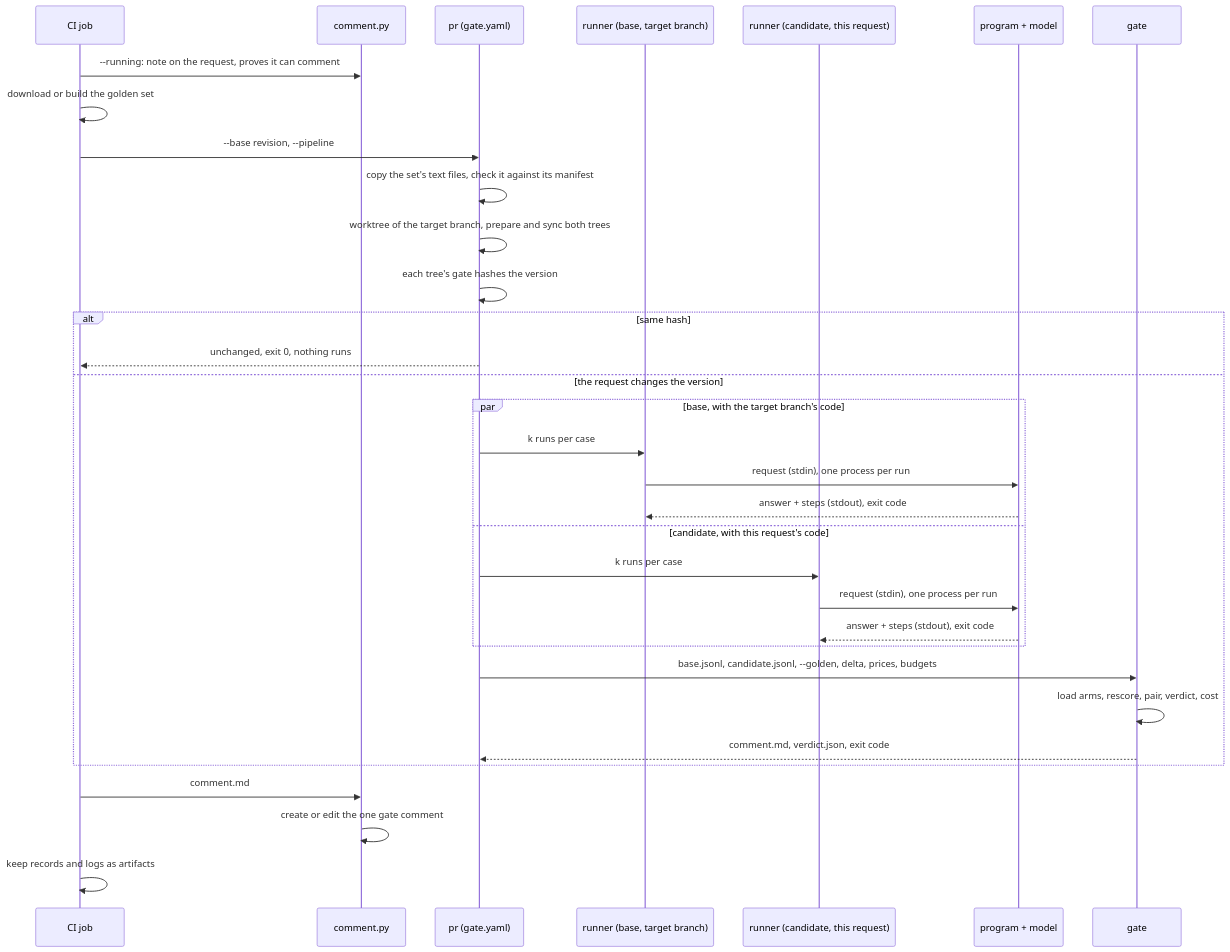
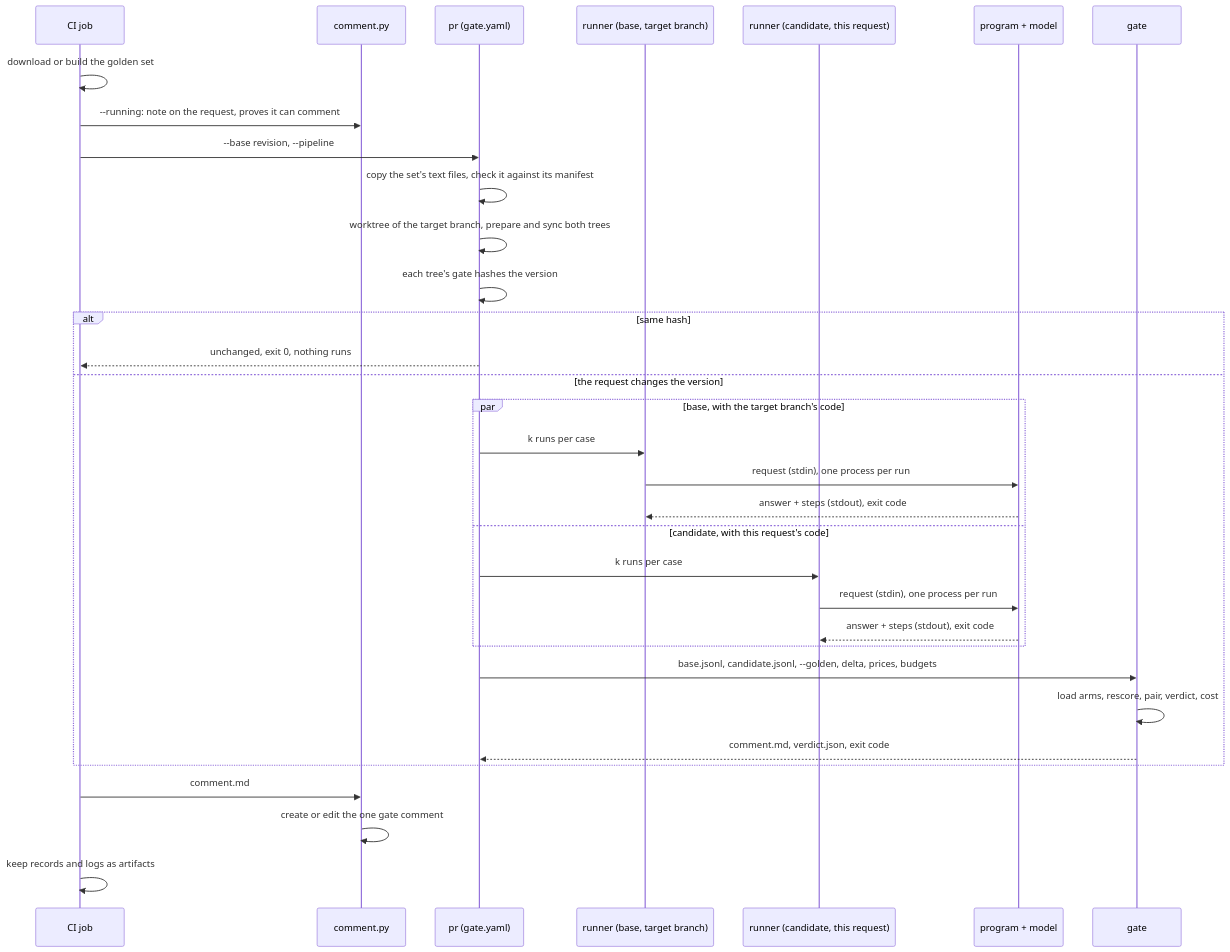
The second of 2 diagrams in docs/design.md (Ilya-Grigoryev/llm-release-gate), drawn with Mermaid before and after one commit. The commit also changed other lines of this file and 7 other files, not shown here.

````diff
--- a/docs/design.md
+++ b/docs/design.md
@@ -284,35 +285,35 @@
 ```mermaid
 sequenceDiagram
     participant CI as CI job
     participant C as comment.py
     participant SH as pr (gate.yaml)
     participant RB as runner (base, target branch)
     participant RC as runner (candidate, this request)
     participant AD as program + model
     participant G as gate
+    CI->>CI: download or build the golden set
     CI->>C: --running: note on the request, proves it can comment
-    CI->>CI: download or build the golden set
     CI->>SH: --base revision, --pipeline
     SH->>SH: copy the set's text files, check it against its manifest
     SH->>SH: worktree of the target branch, prepare and sync both trees
     SH->>SH: each tree's gate hashes the version
     alt same hash
         SH-->>CI: unchanged, exit 0, nothing runs
     else the request changes the version
         par base, with the target branch's code
             SH->>RB: k runs per case
             RB->>AD: request (stdin), one process per run
             AD-->>RB: answer + steps (stdout), exit code
         and candidate, with this request's code
             SH->>RC: k runs per case
             RC->>AD: request (stdin), one process per run
             AD-->>RC: answer + steps (stdout), exit code
         end
         SH->>G: base.jsonl, candidate.jsonl, --golden, delta, prices, budgets
         G->>G: load arms, rescore, pair, verdict, cost
         G-->>SH: comment.md, verdict.json, exit code
     end
     CI->>C: comment.md
     C->>C: create or edit the one gate comment
     CI->>CI: keep records and logs as artifacts
 ```
````
